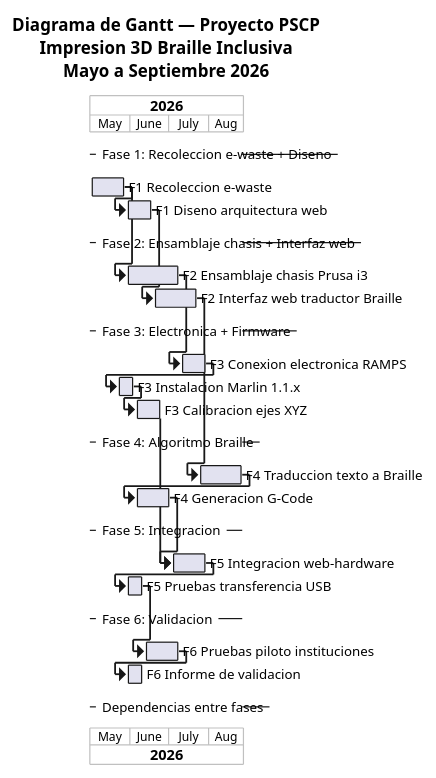
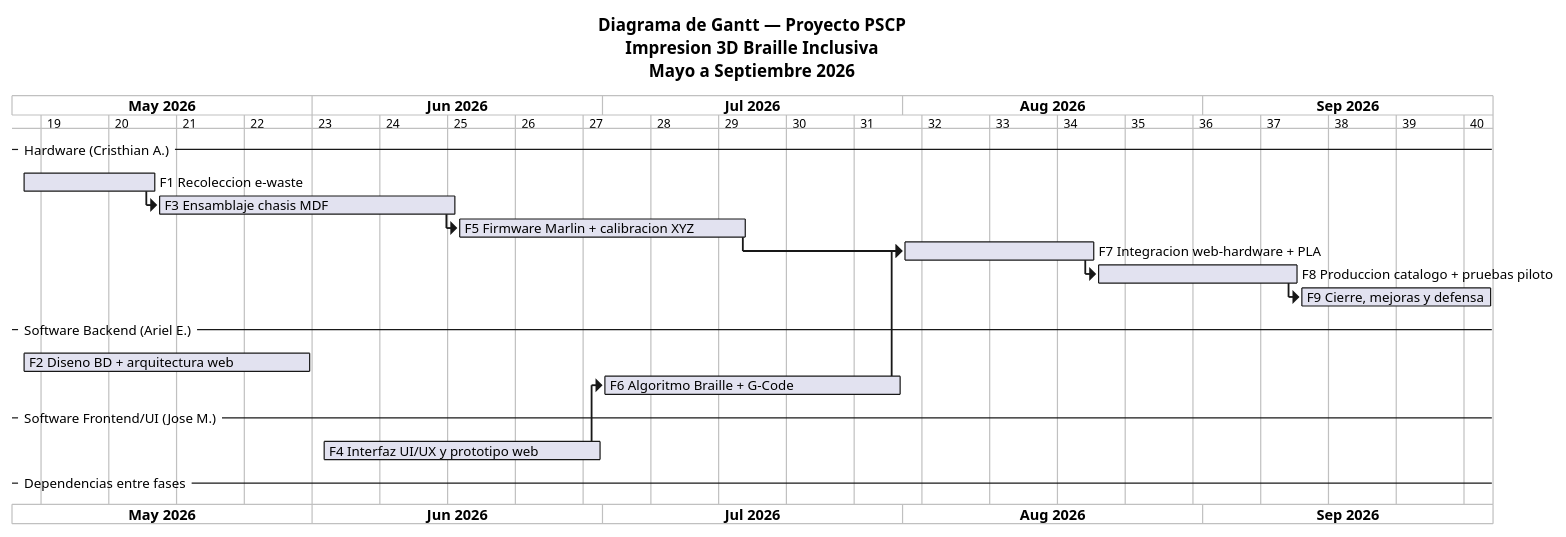
One commit to ArlTechDev/sistema-3d-inclusivo changed the diagram in docs/casos_de_uso/plantuml/Gantt_proyecto.puml. Above: the diagram before and after it, drawn with PlantUML. The commit also changed 1 other file, not shown here.

Commit message:
fix(gantt): corregir diagrama con las 9 fases reales del documento
- Antes: 6 fases incorrectas con duraciones estimadas
- Despues: 9 fases exactas segun Tabla 8 y Tabla 9 del documento

Fases corregidas:
- F1: Recoleccion e-waste (01-15/05) - Cristhian
- F2: Diseno BD + arquitectura (01-31/05) - Ariel
- F3: Ensamblaje chasis MDF (16/05-15/06) - Cristhian
- F4: Interfaz UI/UX (01-30/06) - Jose
- F5: Firmware Marlin + calibracion (16/06-15/07) - Cristhian
- F6: Algoritmo Braille + G-Code (01-31/07) - Ariel
- F7: Integracion web-hardware + PLA (01-20/08) - Ambos
- F8: Produccion catalogo + pruebas piloto (21/08-10/09) - Ambos
- F9: Cierre, mejoras y defensa (11-30/09) - Ambos

- Escala cambiada de monthly a weekly para mayor detalle
- Fechas exactas segun el cronograma del documento
- Responsables asignados correctamente

```diff
--- a/docs/casos_de_uso/plantuml/Gantt_proyecto.puml
+++ b/docs/casos_de_uso/plantuml/Gantt_proyecto.puml
@@ -1,47 +1,50 @@
 @startgantt
 title Diagrama de Gantt — Proyecto PSCP\nImpresion 3D Braille Inclusiva\nMayo a Septiembre 2026
 
 Project starts 2026-05-01
-printscale monthly
+printscale weekly zoom 2
 
--- Fase 1: Recoleccion e-waste + Diseno --
-[F1 Recoleccion e-waste] lasts 4 weeks
-[F1 Diseno arquitectura web] lasts 3 weeks
-[F1 Diseno arquitectura web] starts at [F1 Recoleccion e-waste]'s end
+-- Hardware (Cristhian A.) --
 
--- Fase 2: Ensamblaje chasis + Interfaz web --
-[F2 Ensamblaje chasis Prusa i3] lasts 6 weeks
-[F2 Interfaz web traductor Braille] lasts 5 weeks
-[F2 Ensamblaje chasis Prusa i3] starts at [F1 Recoleccion e-waste]'s end
-[F2 Interfaz web traductor Braille] starts at [F1 Diseno arquitectura web]'s end
+[F1 Recoleccion e-waste] lasts 14 days
+[F1 Recoleccion e-waste] ends 2026-05-15
 
--- Fase 3: Electronica + Firmware --
-[F3 Conexion electronica RAMPS] lasts 3 weeks
-[F3 Instalacion Marlin 1.1.x] lasts 2 weeks
-[F3 Calibracion ejes XYZ] lasts 3 weeks
-[F3 Instalacion Marlin 1.1.x] starts at [F3 Conexion electronica RAMPS]'s end
-[F3 Calibracion ejes XYZ] starts at [F3 Instalacion Marlin 1.1.x]'s end
+[F3 Ensamblaje chasis MDF] lasts 30 days
+[F3 Ensamblaje chasis MDF] ends 2026-06-15
 
--- Fase 4: Algoritmo Braille --
-[F4 Traduccion texto a Braille] lasts 5 weeks
-[F4 Generacion G-Code] lasts 4 weeks
-[F4 Generacion G-Code] starts at [F4 Traduccion texto a Braille]'s end
+[F5 Firmware Marlin + calibracion XYZ] lasts 29 days
+[F5 Firmware Marlin + calibracion XYZ] ends 2026-07-15
 
--- Fase 5: Integracion --
-[F5 Integracion web-hardware] lasts 4 weeks
-[F5 Pruebas transferencia USB] lasts 2 weeks
-[F5 Pruebas transferencia USB] starts at [F5 Integracion web-hardware]'s end
+[F7 Integracion web-hardware + PLA] lasts 20 days
+[F7 Integracion web-hardware + PLA] ends 2026-08-20
 
--- Fase 6: Validacion --
-[F6 Pruebas piloto instituciones] lasts 4 weeks
-[F6 Informe de validacion] lasts 2 weeks
-[F6 Informe de validacion] starts at [F6 Pruebas piloto instituciones]'s end
+[F8 Produccion catalogo + pruebas piloto] lasts 20 days
+[F8 Produccion catalogo + pruebas piloto] ends 2026-09-10
+
+[F9 Cierre, mejoras y defensa] lasts 20 days
+[F9 Cierre, mejoras y defensa] ends 2026-09-30
+
+-- Software Backend (Ariel E.) --
+
+[F2 Diseno BD + arquitectura web] lasts 30 days
+[F2 Diseno BD + arquitectura web] ends 2026-05-31
+
+[F6 Algoritmo Braille + G-Code] lasts 30 days
+[F6 Algoritmo Braille + G-Code] ends 2026-07-31
+
+-- Software Frontend/UI (Jose M.) --
+
+[F4 Interfaz UI/UX y prototipo web] lasts 29 days
+[F4 Interfaz UI/UX y prototipo web] ends 2026-06-30
 
 -- Dependencias entre fases --
-[F3 Conexion electronica RAMPS] starts at [F2 Ensamblaje chasis Prusa i3]'s end
-[F4 Traduccion texto a Braille] starts at [F2 Interfaz web traductor Braille]'s end
-[F5 Integracion web-hardware] starts at [F4 Generacion G-Code]'s end
-[F5 Integracion web-hardware] starts at [F3 Calibracion ejes XYZ]'s end
-[F6 Pruebas piloto instituciones] starts at [F5 Pruebas transferencia USB]'s end
+
+[F3 Ensamblaje chasis MDF] starts at [F1 Recoleccion e-waste]'s end
+[F5 Firmware Marlin + calibracion XYZ] starts at [F3 Ensamblaje chasis MDF]'s end
+[F6 Algoritmo Braille + G-Code] starts at [F4 Interfaz UI/UX y prototipo web]'s end
+[F7 Integracion web-hardware + PLA] starts at [F5 Firmware Marlin + calibracion XYZ]'s end
+[F7 Integracion web-hardware + PLA] starts at [F6 Algoritmo Braille + G-Code]'s end
+[F8 Produccion catalogo + pruebas piloto] starts at [F7 Integracion web-hardware + PLA]'s end
+[F9 Cierre, mejoras y defensa] starts at [F8 Produccion catalogo + pruebas piloto]'s end
 
 @endgantt
```
